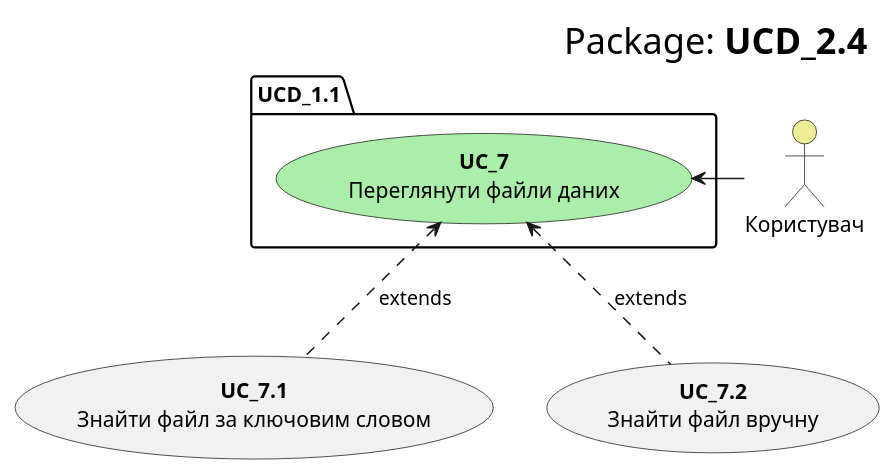
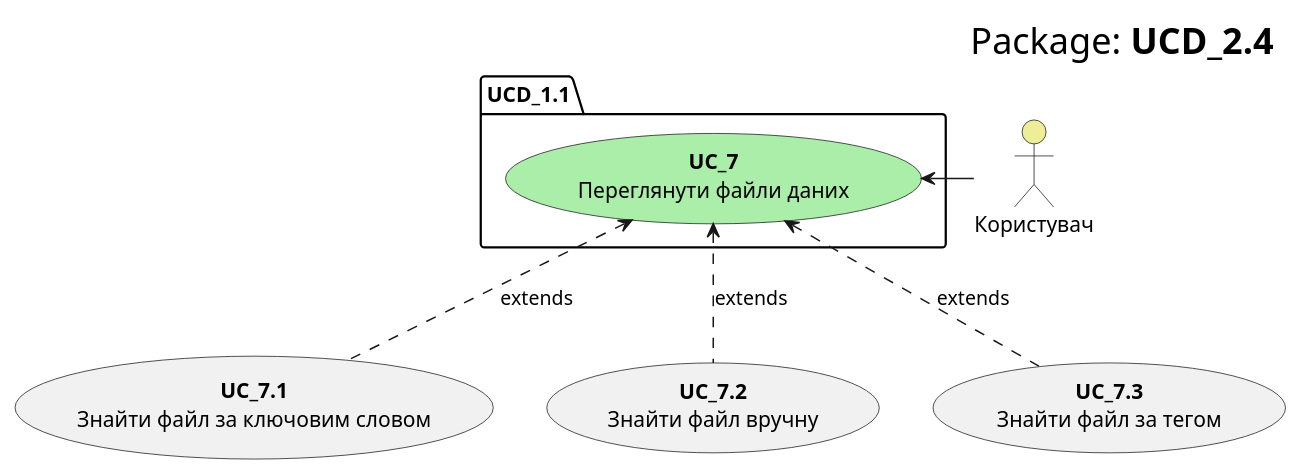
The diagram in src/uml/usecase27.puml (KarmazinN/db_open_data), drawn with PlantUML before and after one commit.

```diff
--- a/src/uml/usecase27.puml
+++ b/src/uml/usecase27.puml
@@ -1,19 +1,20 @@
 @startuml
     right header
         <font size=24 color=black>Package:<b> UCD_2.4
     end header
 
     package UCD_1.1 {
         usecase "<b>UC_7</b>\nПереглянути файли даних" as UC_7 #aaeeaa
     }
     
     actor "Користувач" as User #eeee99
     User -l-> UC_7
     
     usecase "<b>UC_7.1</b>\nЗнайти файл за ключовим словом" as UC_7.1
     usecase "<b>UC_7.2</b>\nЗнайти файл вручну" as UC_7.2
-    
+    usecase "<b>UC_7.3</b>\nЗнайти файл за тегом" as UC_7.3
     
     UC_7.1 .u.> UC_7: extends
     UC_7.2 .u.> UC_7: extends
+    UC_7.3 .u.> UC_7: extends
 @enduml
```
